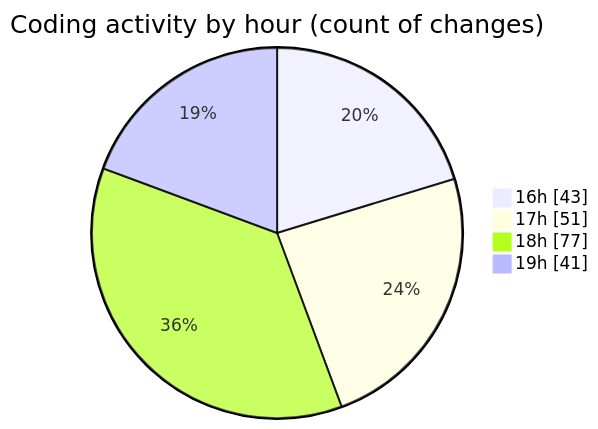
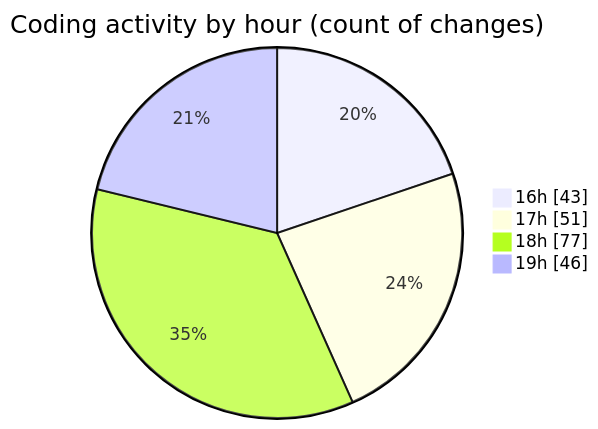
The second of 2 diagrams in 2026-11-13/broadcaster-v6-feature/README.md (momahboobian/code-tracking), drawn with Mermaid before and after one commit. The commit also changed other lines of this file and 1 other file, not shown here.

````diff
--- a/2026-11-13/broadcaster-v6-feature/README.md
+++ b/2026-11-13/broadcaster-v6-feature/README.md
@@ -94,8 +95,8 @@
 ```mermaid
 pie showData
 title Coding activity by hour (count of changes)
 "16h" : 43
 "17h" : 51
 "18h" : 77
-"19h" : 41
+"19h" : 46
 ```
````
